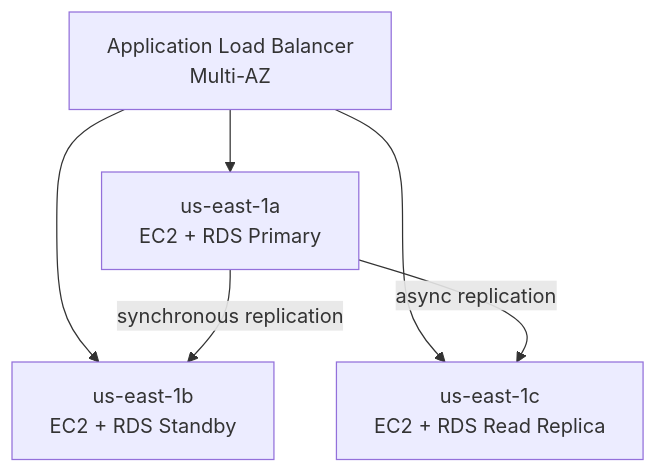
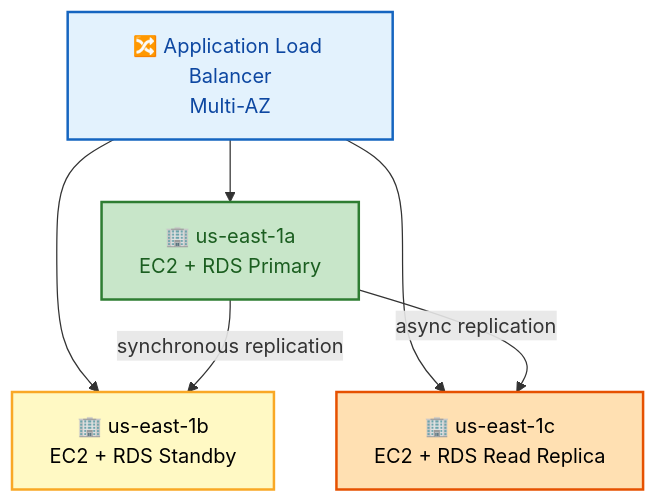
One commit to rakesh-budde/devops-guide changed the fifth of 9 diagrams in aws/01-FUNDAMENTALS.md. Above: the diagram before and after it, drawn with Mermaid. The commit also changed other lines of this file and 73 other files, not shown here.

````diff
--- a/aws/01-FUNDAMENTALS.md
+++ b/aws/01-FUNDAMENTALS.md
@@ -125,9 +255,21 @@
 ```mermaid
-graph TD
-    ALB[Application Load Balancer<br/>Multi-AZ] --> AZ1[us-east-1a<br/>EC2 + RDS Primary]
-    ALB --> AZ2[us-east-1b<br/>EC2 + RDS Standby]
-    ALB --> AZ3[us-east-1c<br/>EC2 + RDS Read Replica]
-    
-    AZ1 --synchronous replication--> AZ2
-    AZ1 --async replication--> AZ3
+flowchart TD
+    ALB["🔀 Application Load Balancer<br/>Multi-AZ"] --> AZ1["🏢 us-east-1a<br/>EC2 + RDS Primary"]
+    ALB --> AZ2["🏢 us-east-1b<br/>EC2 + RDS Standby"]
+    ALB --> AZ3["🏢 us-east-1c<br/>EC2 + RDS Read Replica"]
+
+    AZ1 -->|"synchronous replication"| AZ2
+    AZ1 -->|"async replication"| AZ3
+
+    classDef start fill:#e3f2fd,stroke:#1565c0,color:#0d47a1,stroke-width:2px;
+    classDef proc fill:#fff9c4,stroke:#f9a825,color:#000,stroke-width:2px;
+    classDef good fill:#c8e6c9,stroke:#2e7d32,color:#1b5e20,stroke-width:2px;
+    classDef bad fill:#ffcdd2,stroke:#c62828,color:#b71c1c,stroke-width:2px;
+    classDef ctrl fill:#e1bee7,stroke:#6a1b9a,color:#4a148c,stroke-width:2px;
+    classDef store fill:#ffe0b2,stroke:#e65100,color:#000,stroke-width:2px;
+
+    class ALB start;
+    class AZ1 good;
+    class AZ2 proc;
+    class AZ3 store;
 ```
````
